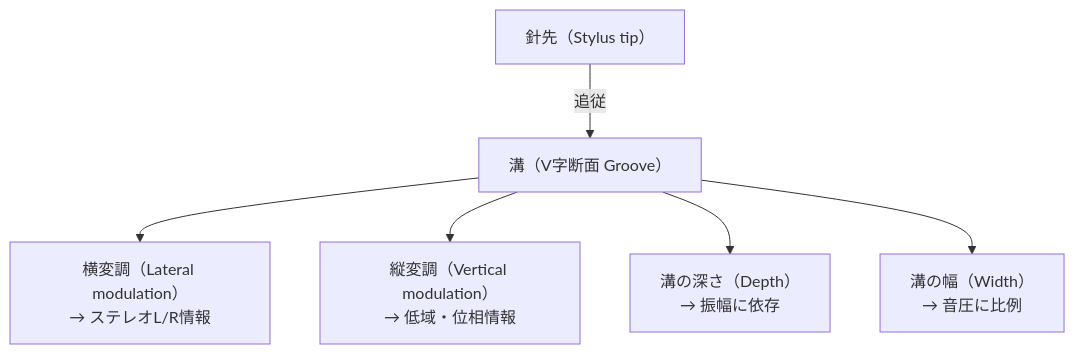
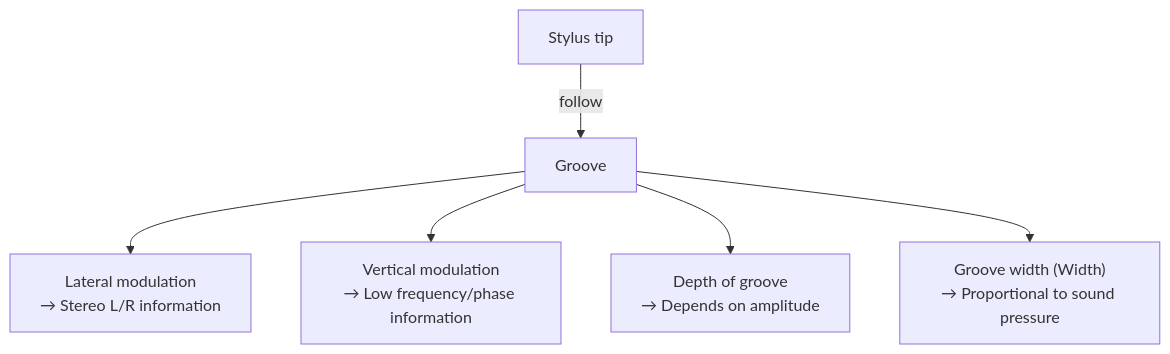
The second of 3 diagrams in en/_posts/2025-10-11-Colum-10-Inch-Vinyl-Tech.md (monumental-movement/monumental-movement.github.io), drawn with Mermaid before and after one commit. The commit also changed other lines of this file and 152 other files, not shown here.

```diff
--- a/en/_posts/2025-10-11-Colum-10-Inch-Vinyl-Tech.md
+++ b/en/_posts/2025-10-11-Colum-10-Inch-Vinyl-Tech.md
@@ -194,17 +194,17 @@
 <div class="mermaid">
 
 flowchart TB
-    S["針先（Stylus tip）"]
-    G["溝（V字断面 Groove）"]
-    L["横変調（Lateral modulation）\n→ ステレオL/R情報"]
-    V["縦変調（Vertical modulation）\n→ 低域・位相情報"]
-    D["溝の深さ（Depth）\n→ 振幅に依存"]
-    W["溝の幅（Width）\n→ 音圧に比例"]
+    S["Stylus tip"]
+    G["Groove"]
+    L["Lateral modulation\n→ Stereo L/R information"]
+    V["Vertical modulation\n→ Low frequency/phase information"]
+    D["Depth of groove\n→ Depends on amplitude"]
+    W["Groove width (Width)\n→ Proportional to sound pressure"]
 
-    S -->|追従| G
+    S -->|follow| G
     G --> L
     G --> V
     G --> D
     G --> W
 
 </div>
```
